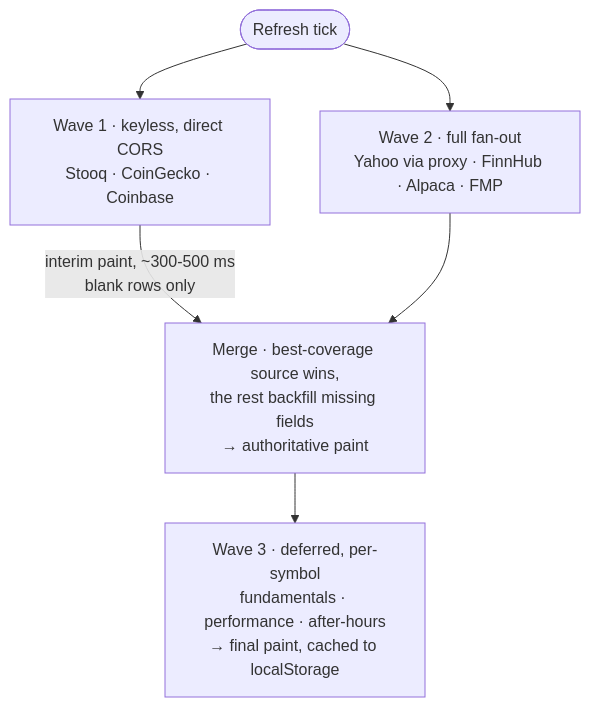
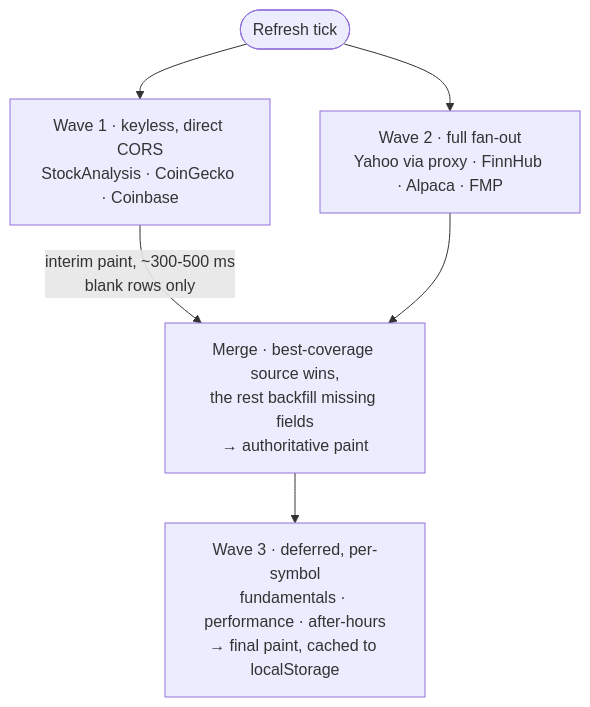
Before and after one commit to gdy/PortfolioTracker: the diagram in README.md, drawn with Mermaid. The commit also changed other lines of this file and 3 other files, not shown here.

````diff
--- a/README.md
+++ b/README.md
@@ -63,8 +66,8 @@
 ```mermaid
 flowchart TD
-    T([Refresh tick]) --> W1["Wave 1 · keyless, direct CORS<br/>Stooq · CoinGecko · Coinbase"]
+    T([Refresh tick]) --> W1["Wave 1 · keyless, direct CORS<br/>StockAnalysis · CoinGecko · Coinbase"]
     T --> W2["Wave 2 · full fan-out<br/>Yahoo via proxy · FinnHub · Alpaca · FMP"]
     W1 -->|"interim paint, ~300-500 ms<br/>blank rows only"| M["Merge · best-coverage source wins,<br/>the rest backfill missing fields<br/>→ authoritative paint"]
     W2 --> M
     M --> D["Wave 3 · deferred, per-symbol<br/>fundamentals · performance · after-hours<br/>→ final paint, cached to localStorage"]
 ```
````
